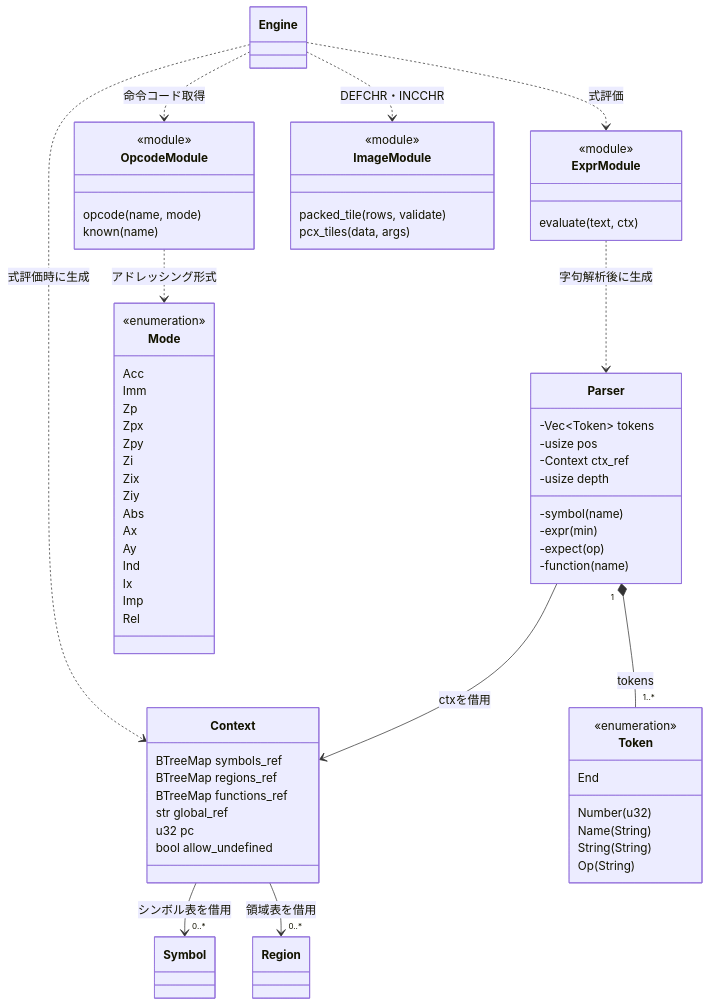
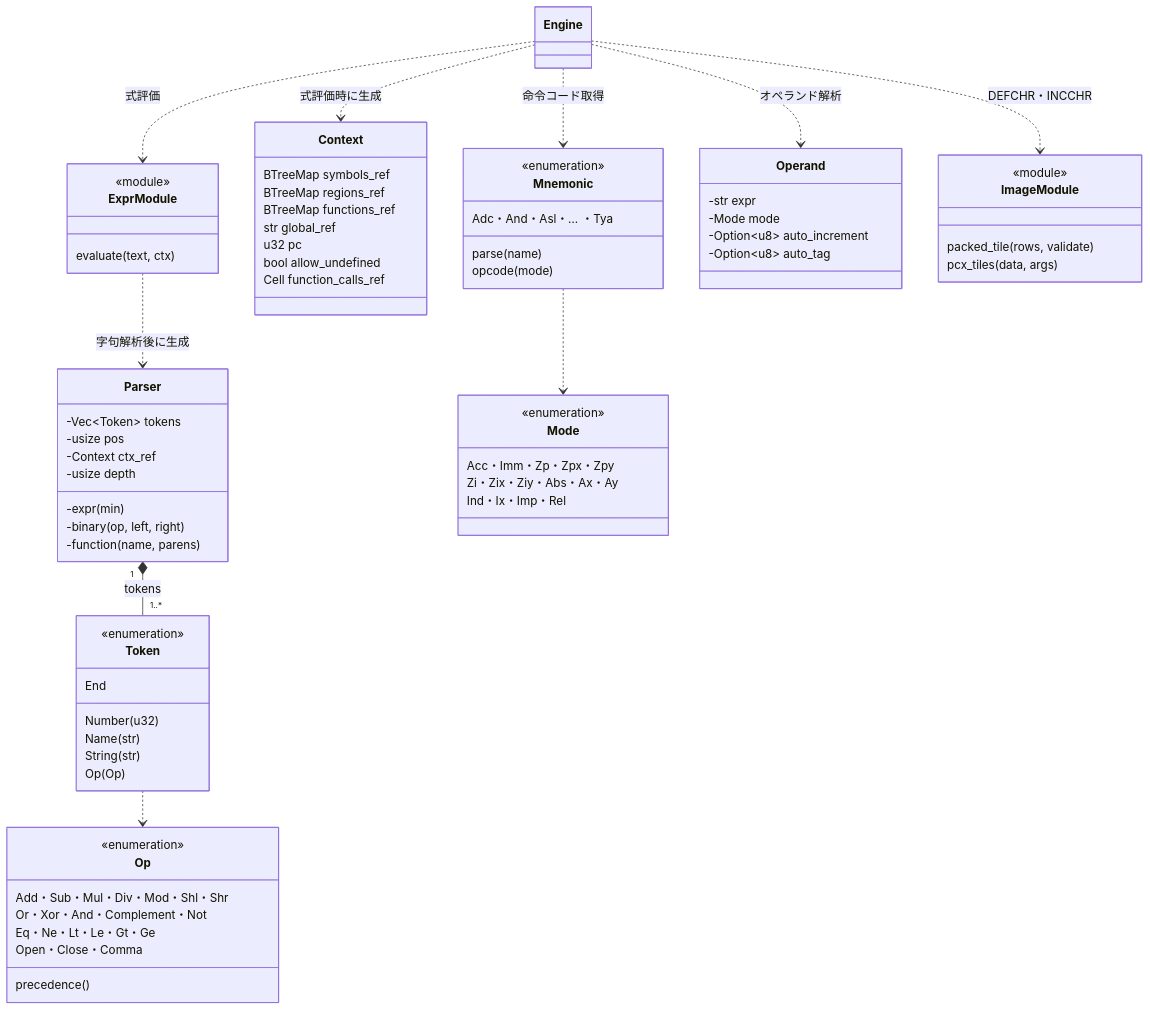
One commit to rock5easily/NesAsmSharp changed the fourth of 6 diagrams in docs/rust-uml.md. Above: the diagram before and after it, drawn with Mermaid. The commit also changed other lines of this file and 28 other files, not shown here.

````diff
--- a/docs/rust-uml.md
+++ b/docs/rust-uml.md
@@ -291,74 +395,74 @@
 ```mermaid
 classDiagram
     class Engine
     class ExprModule {
         <<module>>
         evaluate(text, ctx)
     }
     class Context {
         BTreeMap symbols_ref
         BTreeMap regions_ref
         BTreeMap functions_ref
         str global_ref
         u32 pc
         bool allow_undefined
+        Cell function_calls_ref
     }
     class Parser {
         -Vec~Token~ tokens
         -usize pos
         -Context ctx_ref
         -usize depth
-        -symbol(name)
         -expr(min)
-        -expect(op)
-        -function(name)
+        -binary(op, left, right)
+        -function(name, parens)
     }
     class Token {
         <<enumeration>>
         Number(u32)
-        Name(String)
-        String(String)
-        Op(String)
+        Name(str)
+        String(str)
+        Op(Op)
         End
     }
-    class Symbol
-    class Region
-    class OpcodeModule {
-        <<module>>
-        opcode(name, mode)
-        known(name)
+    class Op {
+        <<enumeration>>
+        Add・Sub・Mul・Div・Mod・Shl・Shr
+        Or・Xor・And・Complement・Not
+        Eq・Ne・Lt・Le・Gt・Ge
+        Open・Close・Comma
+        precedence()
+    }
+    class Mnemonic {
+        <<enumeration>>
+        Adc・And・Asl・… ・Tya
+        parse(name)
+        opcode(mode)
     }
     class Mode {
         <<enumeration>>
-        Acc
-        Imm
-        Zp
-        Zpx
-        Zpy
-        Zi
-        Zix
-        Ziy
-        Abs
-        Ax
-        Ay
-        Ind
-        Ix
-        Imp
-        Rel
+        Acc・Imm・Zp・Zpx・Zpy
+        Zi・Zix・Ziy・Abs・Ax・Ay
+        Ind・Ix・Imp・Rel
+    }
+    class Operand {
+        -str expr
+        -Mode mode
+        -Option~u8~ auto_increment
+        -Option~u8~ auto_tag
     }
     class ImageModule {
         <<module>>
         packed_tile(rows, validate)
         pcx_tiles(data, args)
     }
     Engine ..> Context : 式評価時に生成
     Engine ..> ExprModule : 式評価
     ExprModule ..> Parser : 字句解析後に生成
     Parser "1" *-- "1..*" Token : tokens
-    Parser --> Context : ctxを借用
-    Context --> "0..*" Symbol : シンボル表を借用
-    Context --> "0..*" Region : 領域表を借用
-    Engine ..> OpcodeModule : 命令コード取得
-    OpcodeModule ..> Mode : アドレッシング形式
+    Token ..> Op
+    Engine ..> Operand : オペランド解析
+    Engine ..> Mnemonic : 命令コード取得
+    Mnemonic ..> Mode
     Engine ..> ImageModule : DEFCHR・INCCHR
 ```
````
